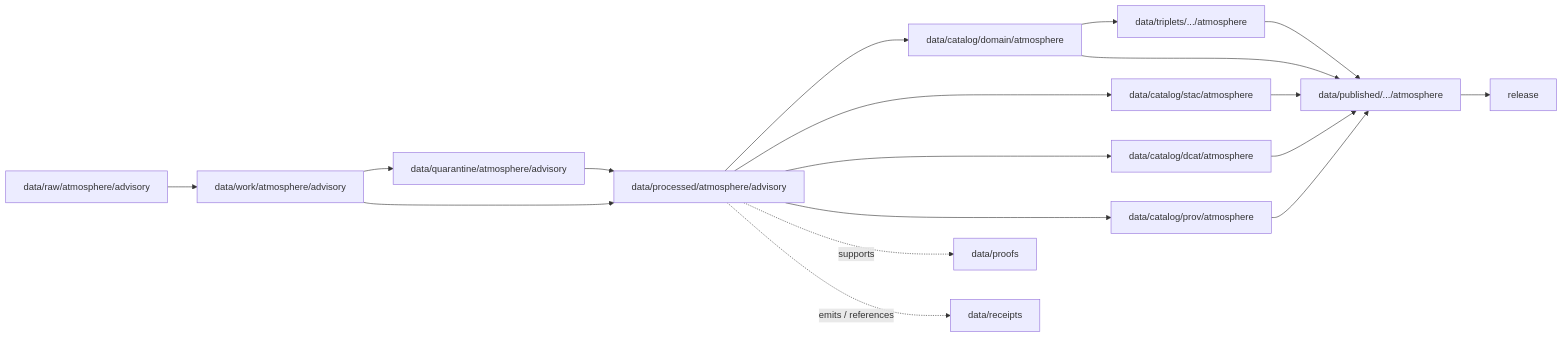
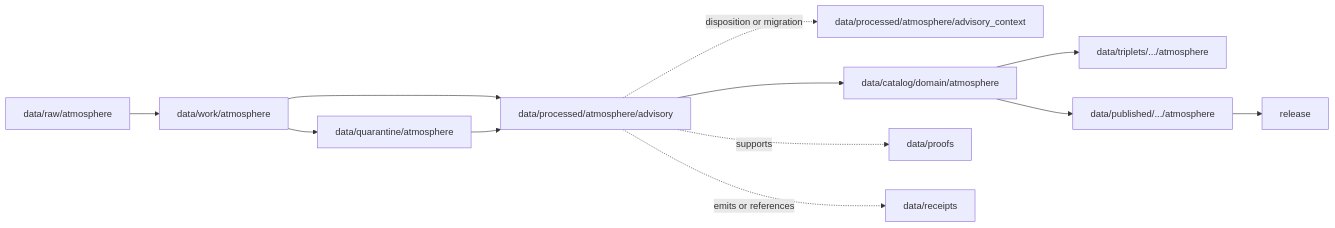
Before and after one commit to bartytime4life/Kansas-Frontier-Matrix: the diagram in data/processed/atmosphere/advisory/README.md, drawn with Mermaid. The commit also changed other lines of this file, not shown here.

Commit message:
docs: clarify atmosphere advisory processed compatibility lane

````diff
--- a/data/processed/atmosphere/advisory/README.md
+++ b/data/processed/atmosphere/advisory/README.md
@@ -92,20 +108,14 @@
 ```mermaid
 flowchart LR
-  RAW[data/raw/atmosphere/advisory] --> WORK[data/work/atmosphere/advisory]
-  WORK --> QUAR[data/quarantine/atmosphere/advisory]
+  RAW[data/raw/atmosphere] --> WORK[data/work/atmosphere]
+  WORK --> QUAR[data/quarantine/atmosphere]
   WORK --> PROC[data/processed/atmosphere/advisory]
   QUAR --> PROC
+  PROC -. disposition or migration .-> CANON[data/processed/atmosphere/advisory_context]
   PROC --> CAT[data/catalog/domain/atmosphere]
-  PROC --> STAC[data/catalog/stac/atmosphere]
-  PROC --> DCAT[data/catalog/dcat/atmosphere]
-  PROC --> PROV[data/catalog/prov/atmosphere]
   PROC -. supports .-> PROOF[data/proofs]
-  PROC -. emits / references .-> RECEIPT[data/receipts]
+  PROC -. emits or references .-> RECEIPT[data/receipts]
   CAT --> TRIP[data/triplets/.../atmosphere]
   CAT --> PUB[data/published/.../atmosphere]
-  STAC --> PUB
-  DCAT --> PUB
-  PROV --> PUB
-  TRIP --> PUB
   PUB --> REL[release]
 ```
````
